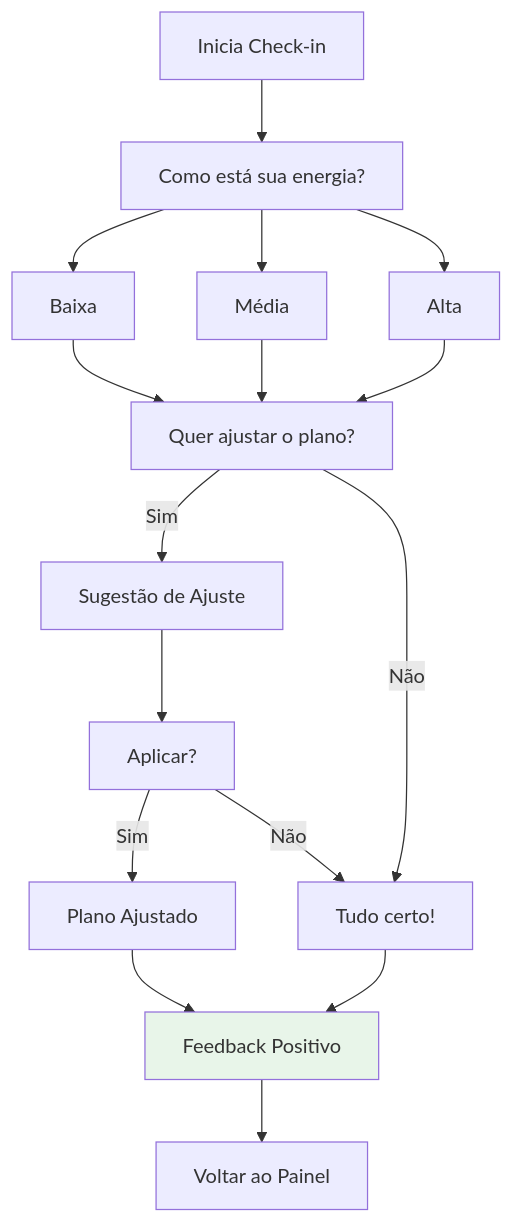
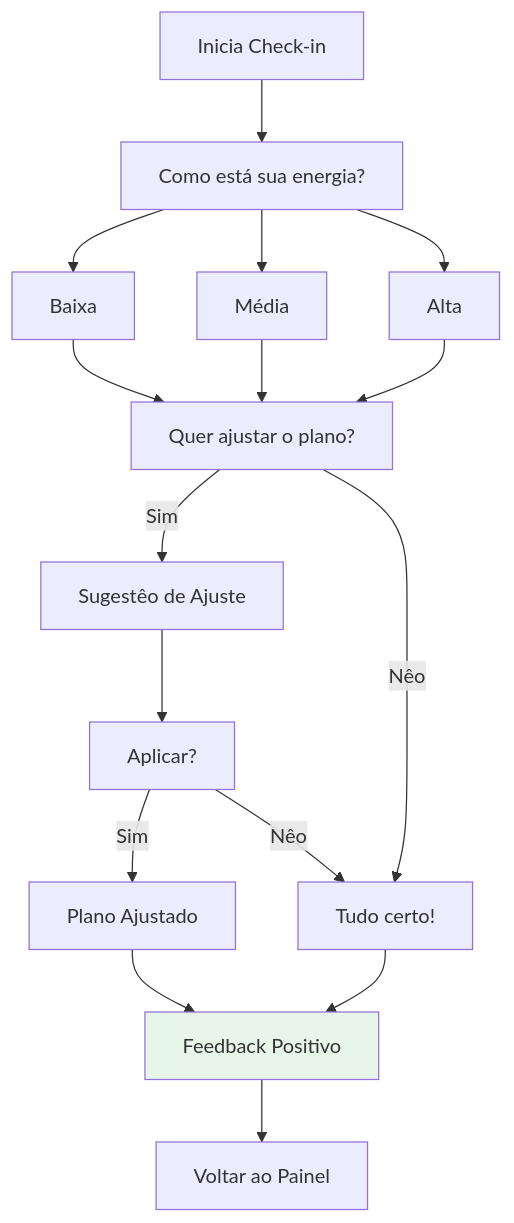
One commit to linnoff88-dev/arckhe-NCIAFlux changed the third of 5 diagrams in docs/front-end-spec.md. Above: the diagram before and after it, drawn with Mermaid. The commit also changed other lines of this file and 100 other files, not shown here.

````diff
--- a/docs/front-end-spec.md
+++ b/docs/front-end-spec.md
@@ -203,24 +203,24 @@
 ```mermaid
 graph TD
     A[Inicia Check-in] --> B[Como está sua energia?]
     B --> B1[Baixa]
     B --> B2[Média]
     B --> B3[Alta]
 
     B1 --> C[Quer ajustar o plano?]
     B2 --> C
     B3 --> C
 
-    C -->|Sim| D[Sugestão de Ajuste]
-    C -->|Não| E[Tudo certo!]
+    C -->|Sim| D[Sugestêo de Ajuste]
+    C -->|Nêo| E[Tudo certo!]
 
     D --> F[Aplicar?]
     F -->|Sim| G[Plano Ajustado]
-    F -->|Não| E
+    F -->|Nêo| E
 
     G --> H[Feedback Positivo]
     E --> H
     H --> I[Voltar ao Painel]
 
     style H fill:#e8f5e9
 ```
````
